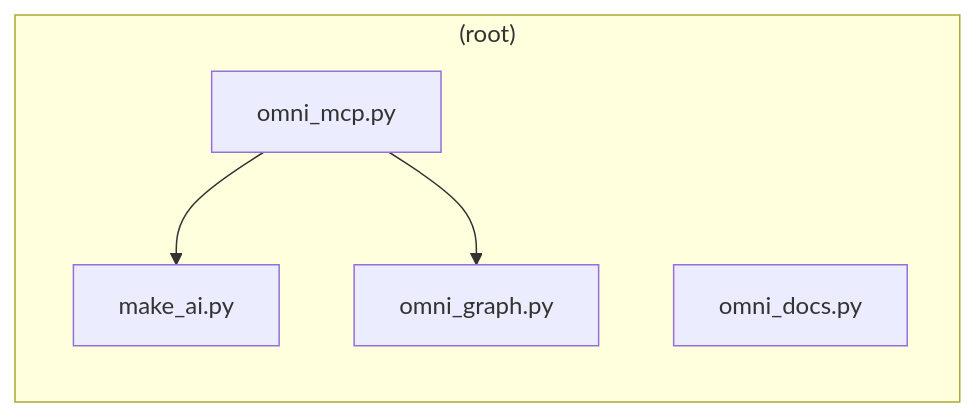
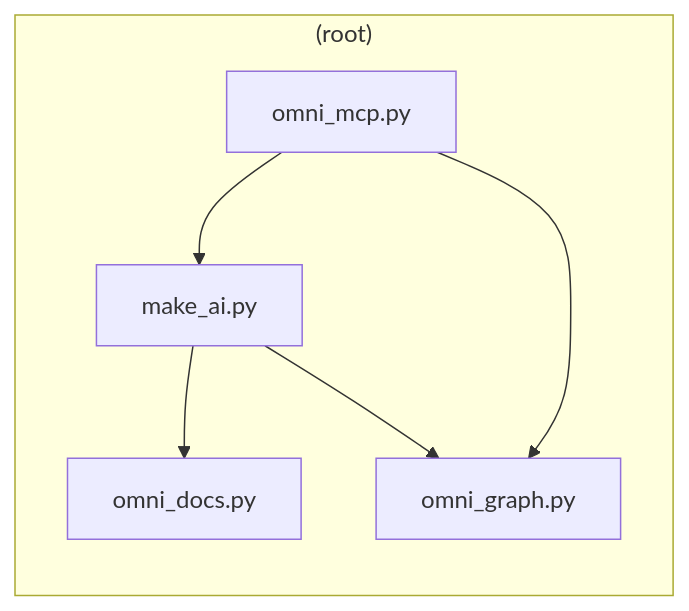
Before and after one commit to M4K4TT4CK/OmniEngineering: the third of 5 diagrams in docs/generated/architecture.md, drawn with Mermaid. The commit also changed 12 other files, not shown here.

First line of the commit message:
REQ-060: update merges the swe-docs skill; guarded imports in diagrams; docs/generated ignored by changelog gates

````diff
--- a/docs/generated/architecture.md
+++ b/docs/generated/architecture.md
@@ -62,11 +62,13 @@
 ```mermaid
 flowchart LR
     subgraph g_root ["(root)"]
         m_make_ai_py["make_ai.py"]
         m_omni_docs_py["omni_docs.py"]
         m_omni_graph_py["omni_graph.py"]
         m_omni_mcp_py["omni_mcp.py"]
     end
+    m_make_ai_py --> m_omni_docs_py
+    m_make_ai_py --> m_omni_graph_py
     m_omni_mcp_py --> m_make_ai_py
     m_omni_mcp_py --> m_omni_graph_py
 ```
````
